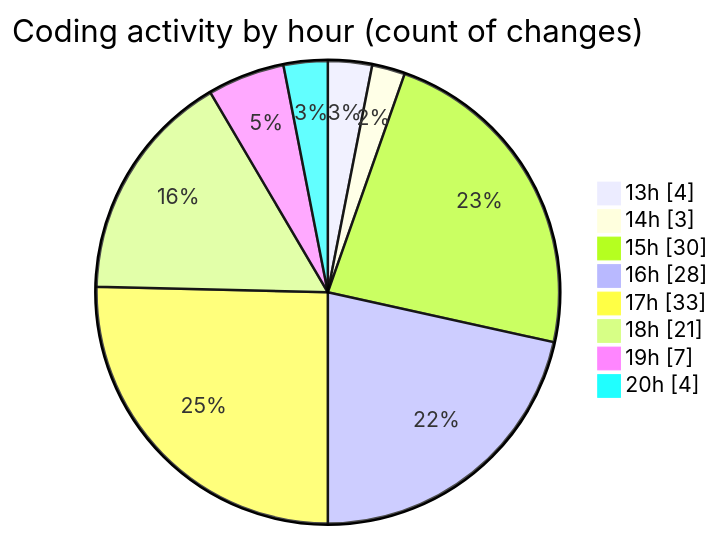
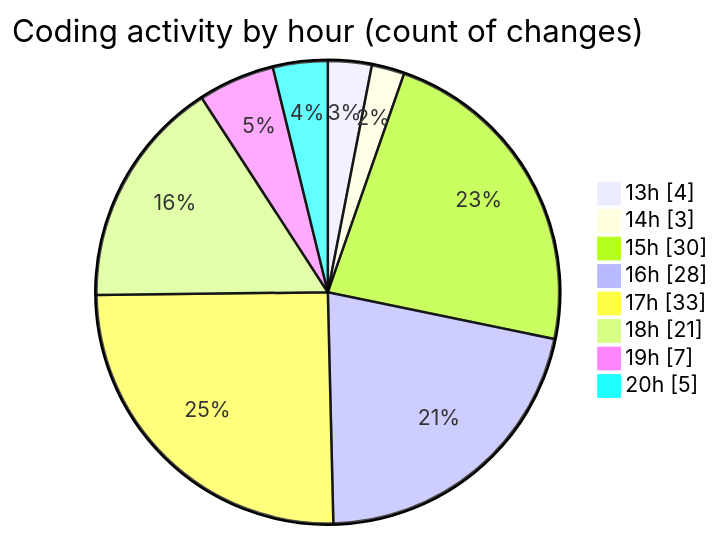
The second of 2 diagrams in 2025-08-11/ribbon/README.md (EIIisD/code-tracking), drawn with Mermaid before and after one commit. The commit also changed other lines of this file and 1 other file, not shown here.

````diff
--- a/2025-08-11/ribbon/README.md
+++ b/2025-08-11/ribbon/README.md
@@ -52,12 +52,12 @@
 ```mermaid
 pie showData
 title Coding activity by hour (count of changes)
 "13h" : 4
 "14h" : 3
 "15h" : 30
 "16h" : 28
 "17h" : 33
 "18h" : 21
 "19h" : 7
-"20h" : 4
+"20h" : 5
 ```
````
